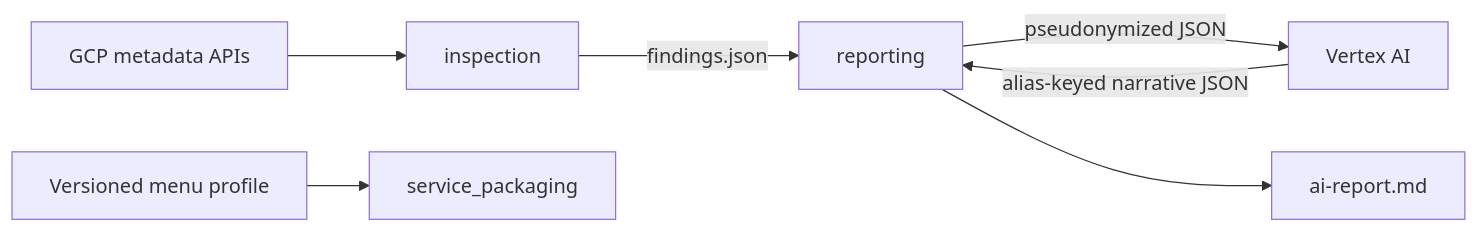
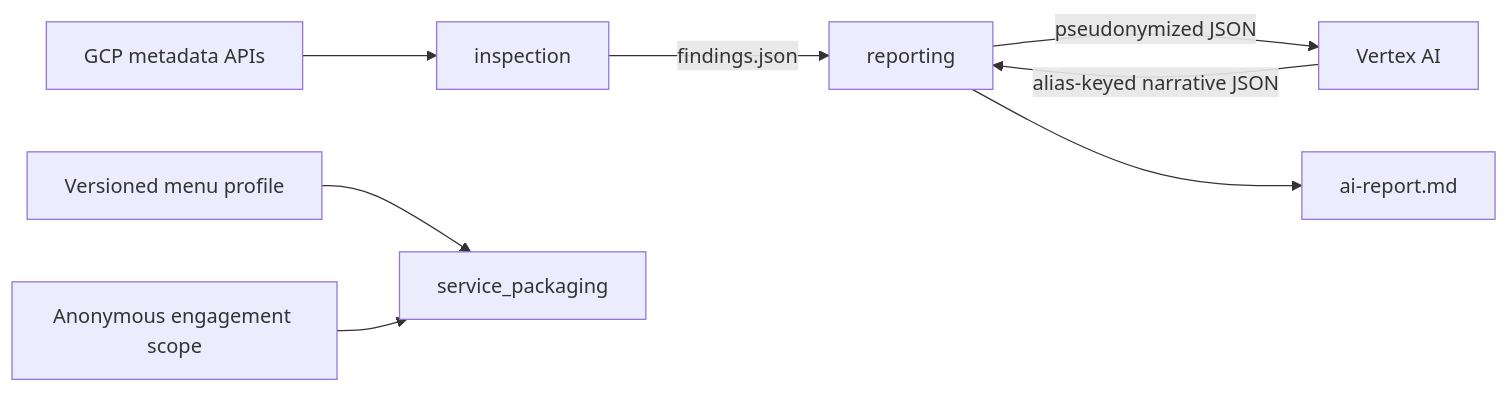
One commit to Yukihide-Mitsuoka/secure-ga4-bq-template changed the diagram in docs/architecture/modules.md. Above: the diagram before and after it, drawn with Mermaid. The commit also changed other lines of this file and 9 other files, not shown here.

First line of the commit message:
feat(service-packaging): evaluate engagement scope (#88)

````diff
--- a/docs/architecture/modules.md
+++ b/docs/architecture/modules.md
@@ -9,9 +9,10 @@
 ```mermaid
 flowchart LR
   GCP["GCP metadata APIs"] --> I["inspection"]
   I -->|"findings.json"| R["reporting"]
   R -->|"pseudonymized JSON"| V["Vertex AI"]
   V -->|"alias-keyed narrative JSON"| R
   R --> M["ai-report.md"]
   MP["Versioned menu profile"] --> S["service_packaging"]
+  ES["Anonymous engagement scope"] --> S
 ```
````
